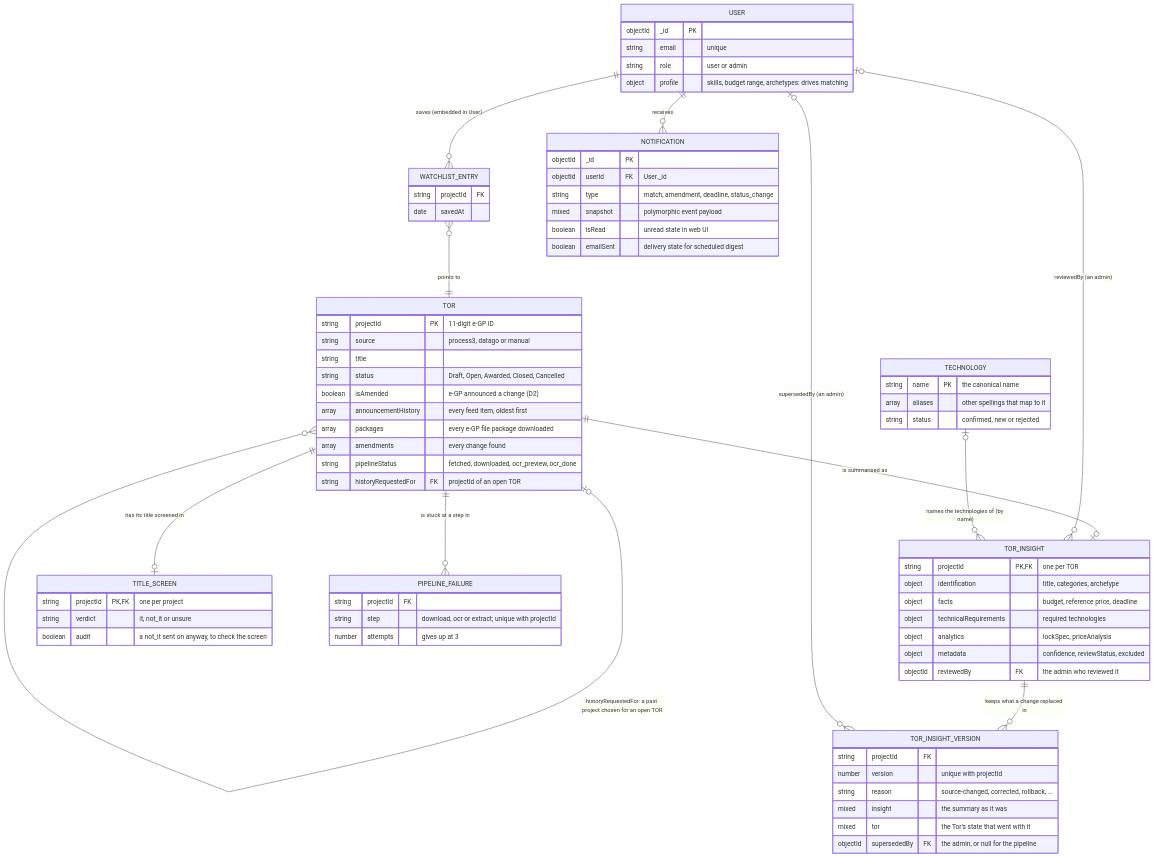
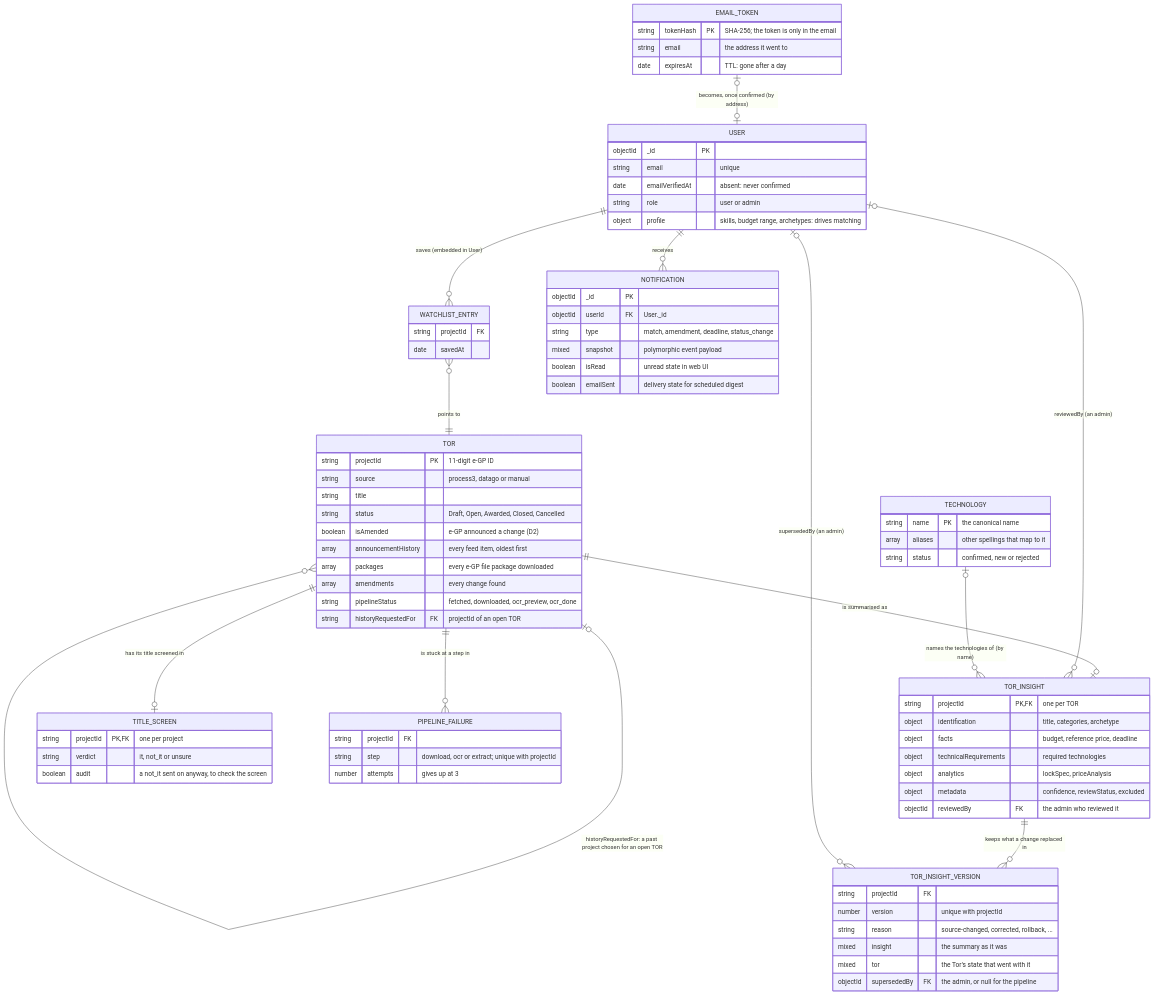
The diagram in docs/overview/data-model.md (PapuBallkub/csp-mjolnir), drawn with Mermaid before and after one commit. The commit also changed other lines of this file and 18 other files, not shown here.

```diff
--- a/docs/overview/data-model.md
+++ b/docs/overview/data-model.md
@@ -26,6 +26,7 @@
     TOR_INSIGHT ||--o{ TOR_INSIGHT_VERSION : "keeps what a change replaced in"
     USER ||--o{ WATCHLIST_ENTRY : "saves (embedded in User)"
     USER ||--o{ NOTIFICATION : "receives"
+    EMAIL_TOKEN |o--o| USER : "becomes, once confirmed (by address)"
     WATCHLIST_ENTRY }o--|| TOR : "points to"
     USER |o--o{ TOR_INSIGHT : "reviewedBy (an admin)"
     USER |o--o{ TOR_INSIGHT_VERSION : "supersededBy (an admin)"
@@ -73,12 +74,18 @@
     USER {
         objectId _id PK
         string email "unique"
+        date emailVerifiedAt "absent: never confirmed"
         string role "user or admin"
         object profile "skills, budget range, archetypes: drives matching"
     }
     WATCHLIST_ENTRY {
         string projectId FK
         date savedAt
+    }
+    EMAIL_TOKEN {
+        string tokenHash PK "SHA-256; the token is only in the email"
+        string email "the address it went to"
+        date expiresAt "TTL: gone after a day"
     }
     TECHNOLOGY {
         string name PK "the canonical name"
```
